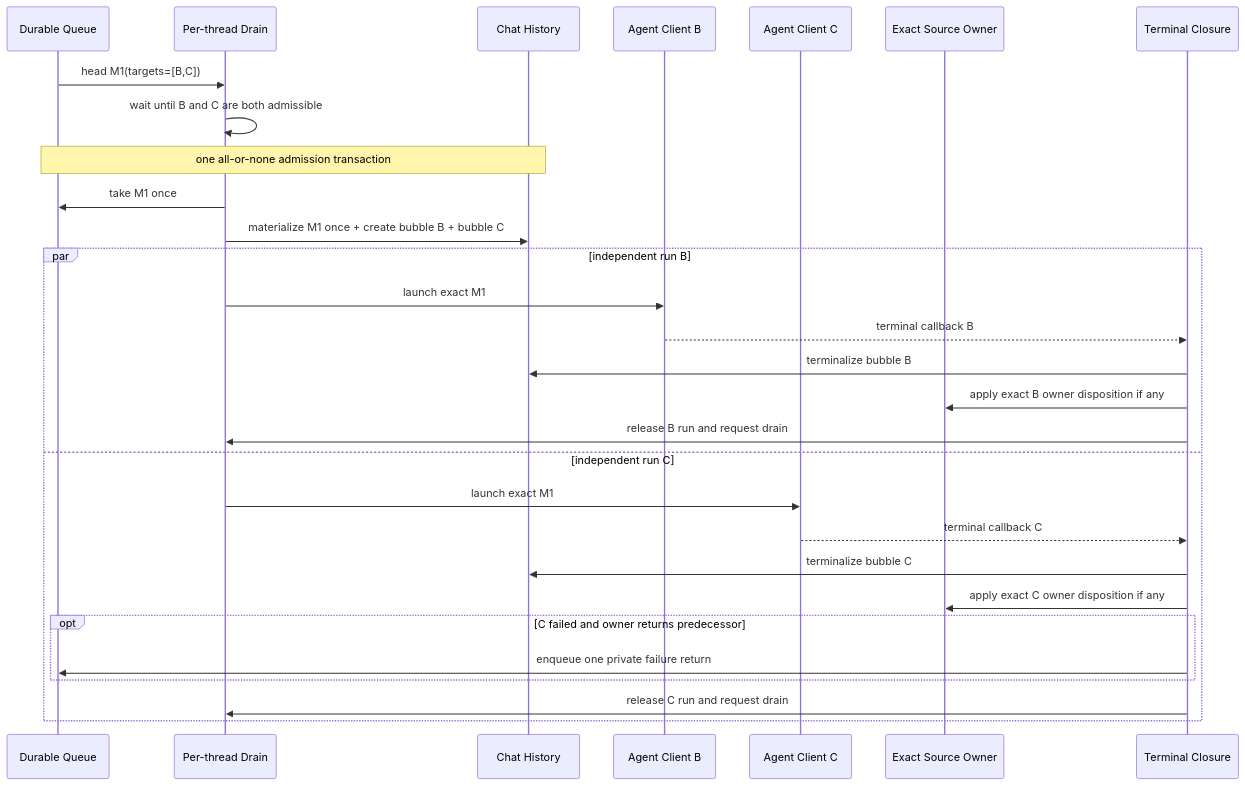
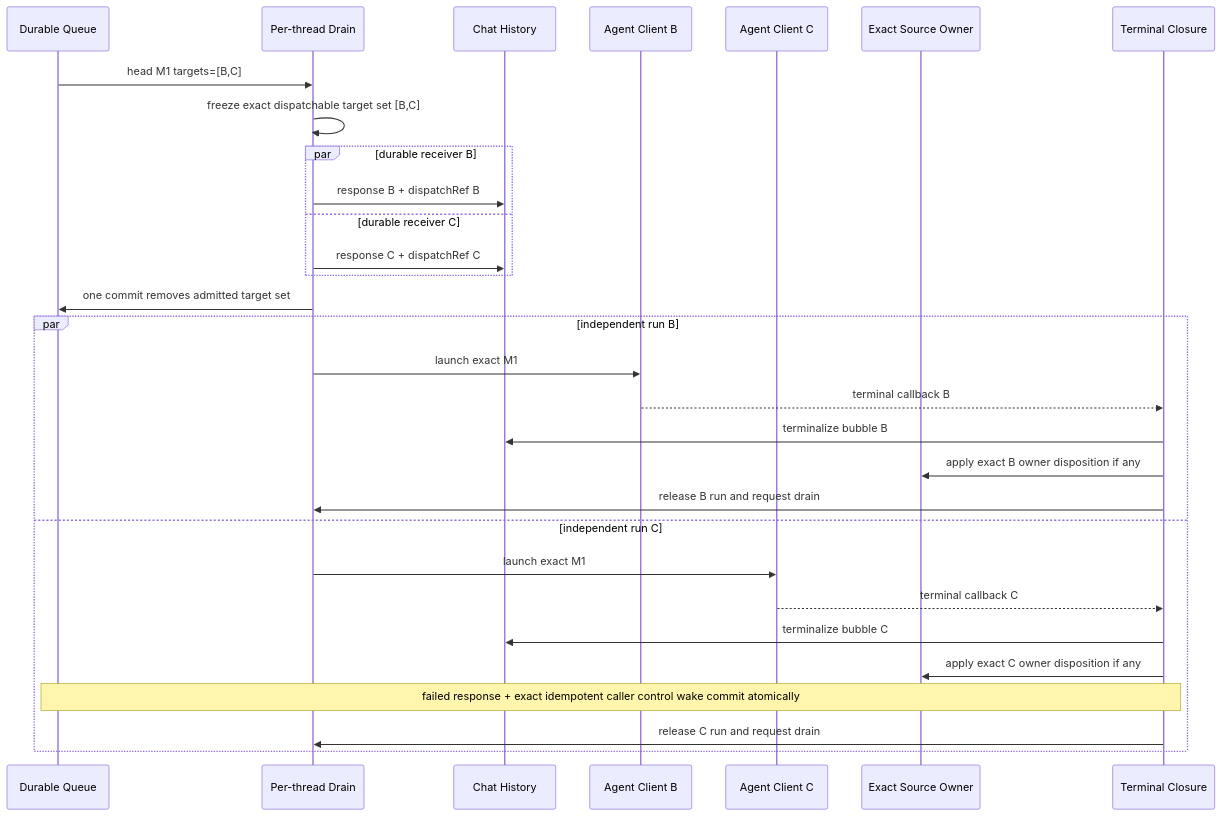
The fourth of 8 diagrams in docs/architecture/message-delivery-handling-handoff-audit.md (08mamba24/clowder-ai), drawn with Mermaid before and after one commit. The commit also changed other lines of this file and 2024 other files, not shown here.

````diff
--- a/docs/architecture/message-delivery-handling-handoff-audit.md
+++ b/docs/architecture/message-delivery-handling-handoff-audit.md
@@ -213,32 +213,33 @@
 ```mermaid
 sequenceDiagram
     participant Q as Durable Queue
     participant D as Per-thread Drain
     participant H as Chat History
     participant B as Agent Client B
     participant C as Agent Client C
     participant O as Exact Source Owner
     participant T as Terminal Closure
 
-    Q->>D: head M1(targets=[B,C])
-    D->>D: wait until B and C are both admissible
-    Note over Q,H: one all-or-none admission transaction
-    D->>Q: take M1 once
-    D->>H: materialize M1 once + create bubble B + bubble C
+    Q->>D: head M1 targets=[B,C]
+    D->>D: freeze exact dispatchable target set [B,C]
+    par durable receiver B
+        D->>H: response B + dispatchRef B
+    and durable receiver C
+        D->>H: response C + dispatchRef C
+    end
+    D->>Q: one commit removes admitted target set
     par independent run B
         D->>B: launch exact M1
         B-->>T: terminal callback B
         T->>H: terminalize bubble B
         T->>O: apply exact B owner disposition if any
         T->>D: release B run and request drain
     and independent run C
         D->>C: launch exact M1
         C-->>T: terminal callback C
         T->>H: terminalize bubble C
         T->>O: apply exact C owner disposition if any
-        opt C failed and owner returns predecessor
-            T->>Q: enqueue one private failure return
-        end
+        Note over T,Q: failed response + exact idempotent caller control wake commit atomically
         T->>D: release C run and request drain
     end
 ```
````
